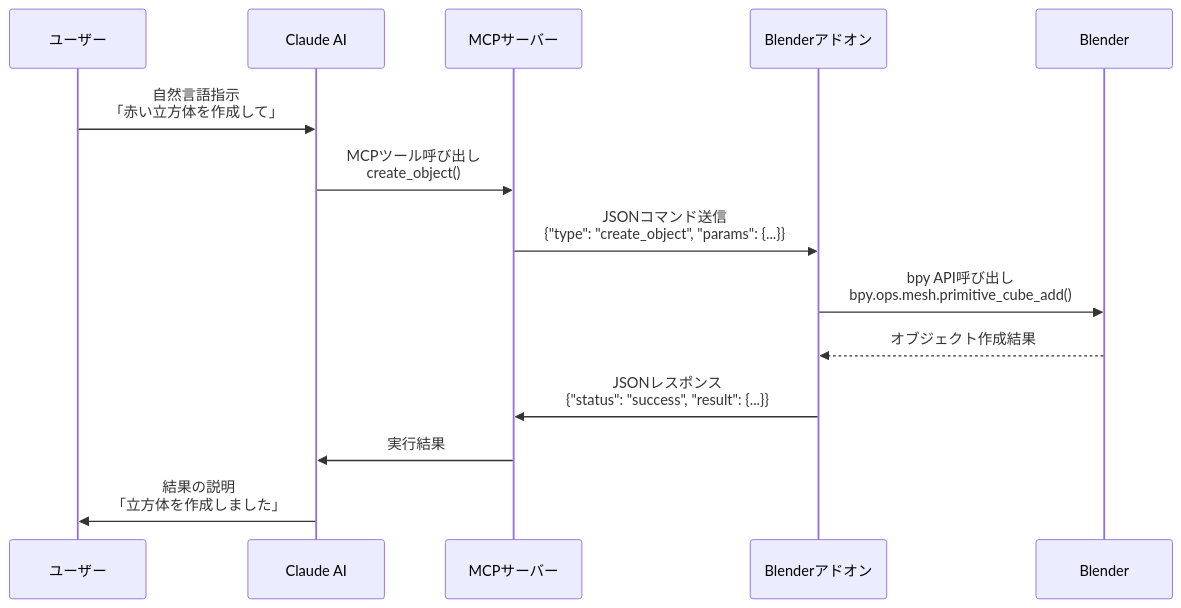
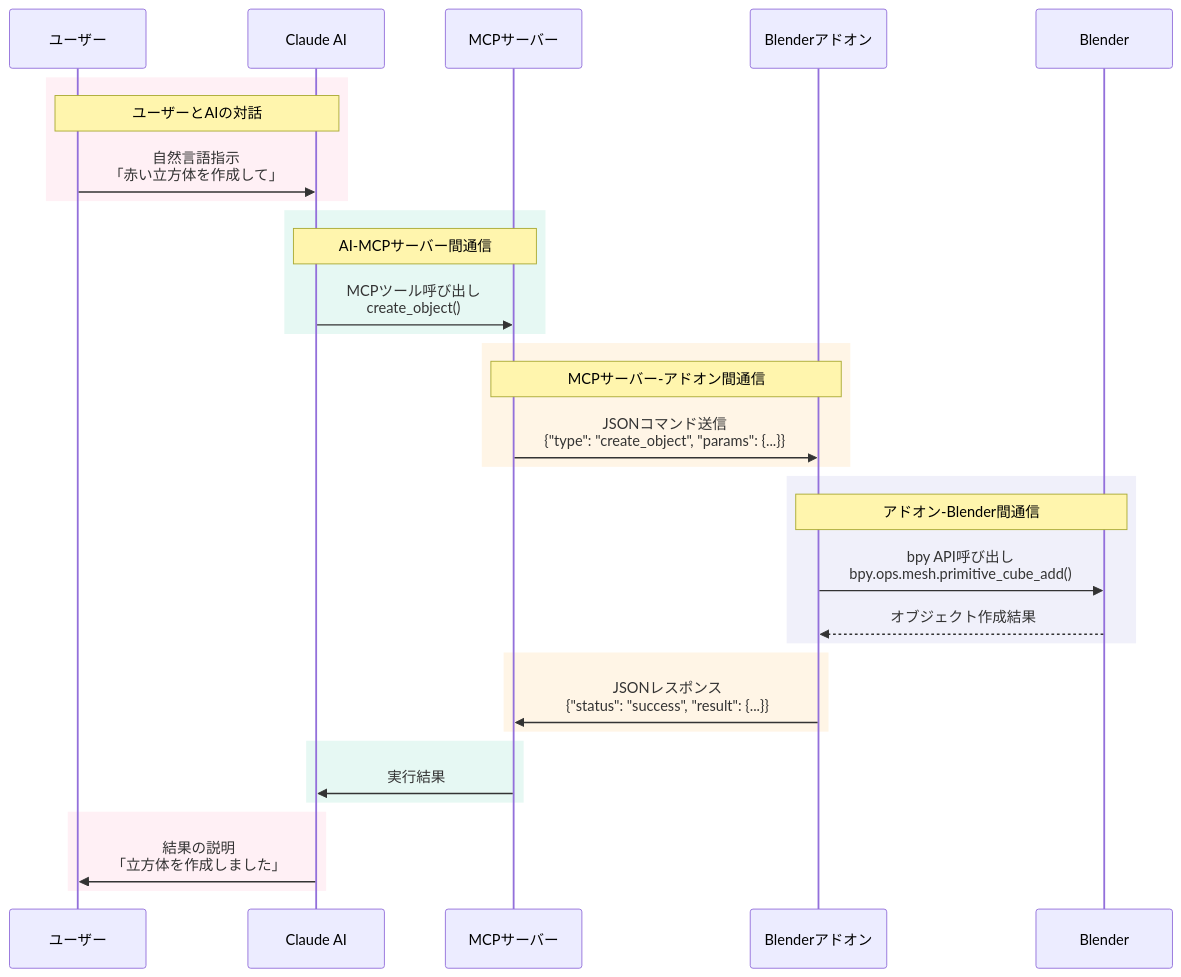
Before and after one commit to YUiCHI-Ai/blender-mcp_Analysis: the third of 3 diagrams in blender-mcp-analysis-with-uml.md, drawn with Mermaid. The commit also changed other lines of this file, not shown here.

Commit message:
分析中

````diff
--- a/blender-mcp-analysis-with-uml.md
+++ b/blender-mcp-analysis-with-uml.md
@@ -94,17 +121,43 @@
 ```mermaid
 sequenceDiagram
+    %% 参加者のスタイル定義
     participant User as ユーザー
     participant Claude as Claude AI
     participant MCP as MCPサーバー
     participant Addon as Blenderアドオン
     participant Blender as Blender
-
-    User->>Claude: 自然言語指示<br>「赤い立方体を作成して」
-    Claude->>MCP: MCPツール呼び出し<br>create_object()
-    MCP->>Addon: JSONコマンド送信<br>{"type": "create_object", "params": {...}}
-    Addon->>Blender: bpy API呼び出し<br>bpy.ops.mesh.primitive_cube_add()
-    Blender-->>Addon: オブジェクト作成結果
-    Addon->>MCP: JSONレスポンス<br>{"status": "success", "result": {...}}
-    MCP->>Claude: 実行結果
-    Claude->>User: 結果の説明<br>「立方体を作成しました」
+    
+    %% 色の定義
+    rect rgb(255, 240, 245)
+        Note over User,Claude: ユーザーとAIの対話
+        User->>Claude: 自然言語指示<br>「赤い立方体を作成して」
+    end
+    
+    rect rgb(230, 248, 243)
+        Note over Claude,MCP: AI-MCPサーバー間通信
+        Claude->>MCP: MCPツール呼び出し<br>create_object()
+    end
+    
+    rect rgb(255, 245, 230)
+        Note over MCP,Addon: MCPサーバー-アドオン間通信
+        MCP->>Addon: JSONコマンド送信<br>{"type": "create_object", "params": {...}}
+    end
+    
+    rect rgb(240, 240, 250)
+        Note over Addon,Blender: アドオン-Blender間通信
+        Addon->>Blender: bpy API呼び出し<br>bpy.ops.mesh.primitive_cube_add()
+        Blender-->>Addon: オブジェクト作成結果
+    end
+    
+    rect rgb(255, 245, 230)
+        Addon->>MCP: JSONレスポンス<br>{"status": "success", "result": {...}}
+    end
+    
+    rect rgb(230, 248, 243)
+        MCP->>Claude: 実行結果
+    end
+    
+    rect rgb(255, 240, 245)
+        Claude->>User: 結果の説明<br>「立方体を作成しました」
+    end
 ```
````
